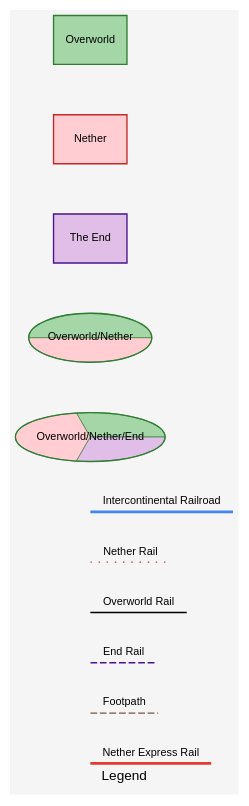
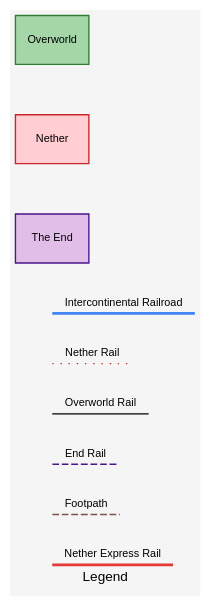
One commit to eatnumber1/minecraft-transit-map changed the diagram in legend.gv. Above: the diagram before and after it, drawn with Graphviz.

Commit message:
Remove merged nodes from legend.

```diff
--- a/legend.gv
+++ b/legend.gv
@@ -1,57 +1,55 @@
 digraph Legend {
     graph [
         bgcolor="#F5F5F5",
         fontname="Helvetica,Arial,sans-serif",
         label="Legend",
         fontcolor="black",
         fontsize=10,
         style=rounded
     ];
     node [
         fontname="Helvetica,Arial,sans-serif",
         style=filled,
         fontcolor="black",
         fontsize=8,
         shape=box
     ];
     edge [
         fontname="Helvetica,Arial,sans-serif",
         fontsize=8
     ];
 
     // Node Type Keys
     Overworld_Key [label="Overworld", color="#2E7D32", fillcolor="#A5D6A7"];
     Nether_Key [label="Nether", color="#C62828", fillcolor="#FFCDD2"];
     End_Key [label="The End", color="#4A148C", fillcolor="#E1BEE7"];
-    Dual_Key [label="Overworld/Nether", style=wedged, shape=ellipse, color="#2E7D32", fillcolor="#A5D6A7:#FFCDD2"];
-    Tri_Key [label="Overworld/Nether/End", style=wedged, shape=ellipse, color="#2E7D32", fillcolor="#A5D6A7:#FFCDD2:#E1BEE7"];
 
     // Invisible nodes for line style keys
     node [shape=point, width=0, height=0, label=""];
     Rail_Key_Start; Rail_Key_End;
     Nether_Rail_Key_Start; Nether_Rail_Key_End;
     Overworld_Rail_Key_Start; Overworld_Rail_Key_End;
     End_Rail_Key_Start; End_Rail_Key_End;
     Footpath_Key_Start; Footpath_Key_End;
     Nether_Express_Key_Start; Nether_Express_Key_End;
 
     // Ensure horizontal alignment for line style keys
     { rank=same; Rail_Key_Start; Rail_Key_End; }
     { rank=same; Nether_Rail_Key_Start; Nether_Rail_Key_End; }
     { rank=same; Overworld_Rail_Key_Start; Overworld_Rail_Key_End; }
     { rank=same; End_Rail_Key_Start; End_Rail_Key_End; }
     { rank=same; Footpath_Key_Start; Footpath_Key_End; }
     { rank=same; Nether_Express_Key_Start; Nether_Express_Key_End; }
 
     // Define vertical alignment using invisible edges
     edge [style=invis, len=0.5];
-    Overworld_Key -> Nether_Key -> End_Key -> Dual_Key -> Tri_Key -> Rail_Key_Start -> Nether_Rail_Key_Start -> Overworld_Rail_Key_Start -> End_Rail_Key_Start -> Footpath_Key_Start -> Nether_Express_Key_Start;
+    Overworld_Key -> Nether_Key -> End_Key -> Rail_Key_Start -> Nether_Rail_Key_Start -> Overworld_Rail_Key_Start -> End_Rail_Key_Start -> Footpath_Key_Start -> Nether_Express_Key_Start;
     
     // Draw the visible edges for the legend line styles
     Rail_Key_Start -> Rail_Key_End [dir=none, style=bold, color="#4285F4", label="Intercontinental Railroad"];
     Nether_Rail_Key_Start -> Nether_Rail_Key_End [dir=none, style=dotted, color="#C62828", label="Nether Rail"];
     Overworld_Rail_Key_Start -> Overworld_Rail_Key_End [dir=none, style="", color="black", label="Overworld Rail"];
     End_Rail_Key_Start -> End_Rail_Key_End [dir=none, style=dashed, color="#4A148C", label="End Rail"];
     Footpath_Key_Start -> Footpath_Key_End [dir=none, style=dashed, color="#795548", label="Footpath"];
     Nether_Express_Key_Start -> Nether_Express_Key_End [dir=none, style=bold, color="#E53935", label="Nether Express Rail"];
 }
```
